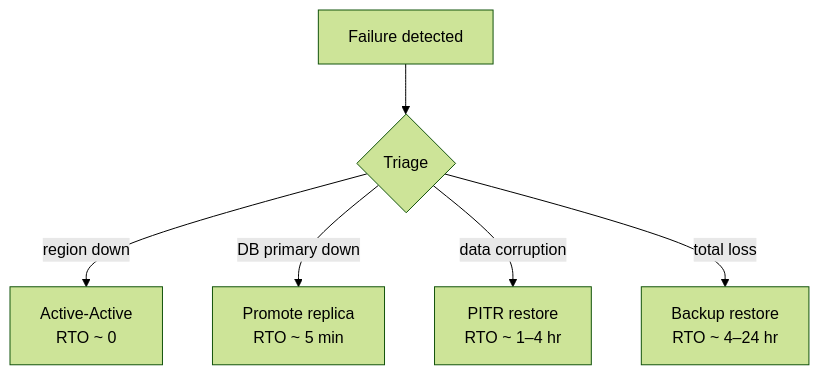
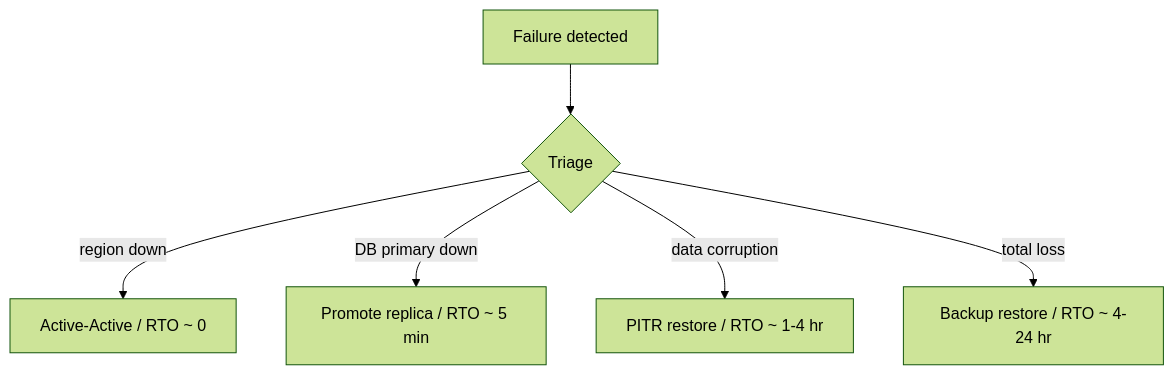
Diagram 12 of 21 in 12-reliability-engineering/README.md (hareramcse/SystemDesign), drawn with Mermaid (forest theme) before and after one commit. The commit also changed other lines of this file and 14 other files, not shown here.

````diff
--- a/12-reliability-engineering/README.md
+++ b/12-reliability-engineering/README.md
@@ -586,8 +586,8 @@
 ```mermaid
 flowchart TB
     Fail[Failure detected] --> T{Triage}
-    T -->|region down| AA[Active-Active<br/>RTO ~ 0]
-    T -->|DB primary down| Hot[Promote replica<br/>RTO ~ 5 min]
-    T -->|data corruption| Restore[PITR restore<br/>RTO ~ 1–4 hr]
-    T -->|total loss| Cold[Backup restore<br/>RTO ~ 4–24 hr]
+    T -->|region down| AA[Active-Active / RTO ~ 0]
+    T -->|DB primary down| Hot[Promote replica / RTO ~ 5 min]
+    T -->|data corruption| Restore[PITR restore / RTO ~ 1-4 hr]
+    T -->|total loss| Cold[Backup restore / RTO ~ 4-24 hr]
 ```
````
